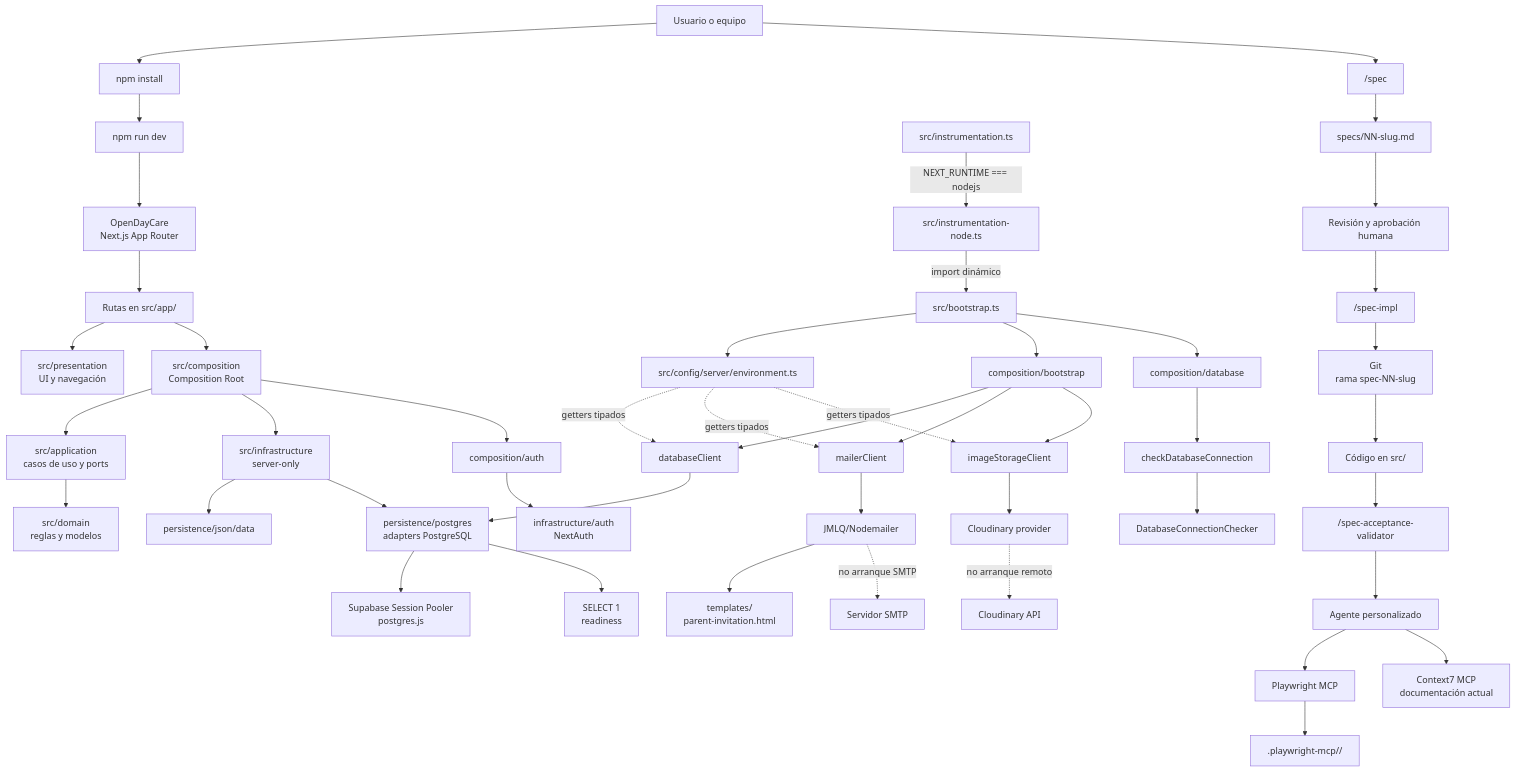
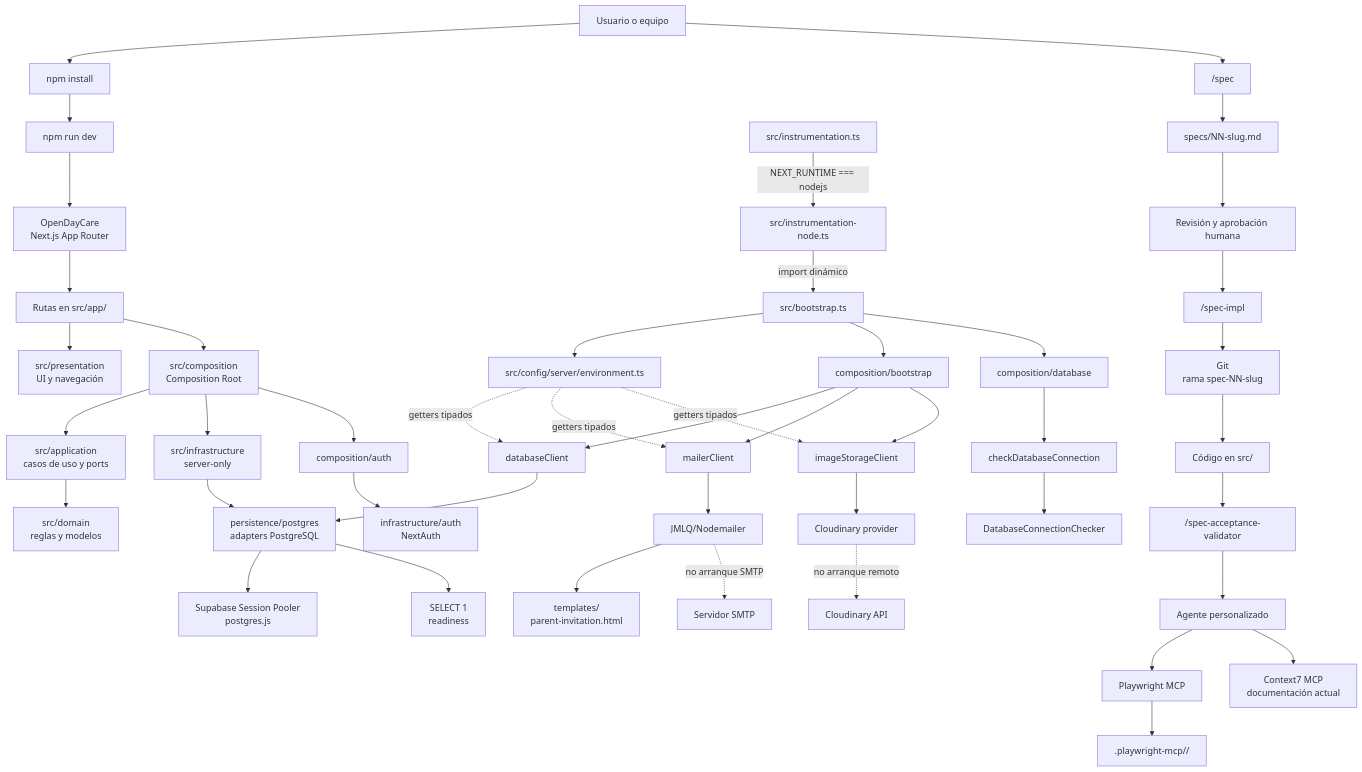
One commit to MLahuasi/opencode-daycare changed the first of 2 diagrams in README.md. Above: the diagram before and after it, drawn with Mermaid. The commit also changed other lines of this file and 75 other files, not shown here.

````diff
--- a/README.md
+++ b/README.md
@@ -284,51 +282,50 @@
 ```mermaid
 flowchart TD
     U[Usuario o equipo] --> I[npm install]
     I --> R[npm run dev]
     R --> APP["OpenDayCare<br/>Next.js App Router"]
 
     APP --> ROUTES["Rutas en src/app/"]
     ROUTES --> PRESENTATION["src/presentation<br/>UI y navegación"]
     ROUTES --> COMPOSITION["src/composition<br/>Composition Root"]
     COMPOSITION --> APPLICATION["src/application<br/>casos de uso y ports"]
     APPLICATION --> DOMAIN["src/domain<br/>reglas y modelos"]
     COMPOSITION --> INFRA["src/infrastructure<br/>server-only"]
-    INFRA --> JSON["persistence/json/data"]
     INFRA --> POSTGRES["persistence/postgres<br/>adapters PostgreSQL"]
     POSTGRES --> POOLER["Supabase Session Pooler<br/>postgres.js"]
     COMPOSITION --> AUTH["composition/auth"]
     AUTH --> NEXTAUTH["infrastructure/auth<br/>NextAuth"]
 
     INSTRUMENTATION["src/instrumentation.ts"] -->|NEXT_RUNTIME === nodejs| NODE_INSTRUMENTATION["src/instrumentation-node.ts"]
     NODE_INSTRUMENTATION -->|import dinámico| BOOTSTRAP["src/bootstrap.ts"]
     BOOTSTRAP --> ENV["src/config/server/environment.ts"]
     BOOTSTRAP --> BOOT_COMPOSITION["composition/bootstrap"]
     BOOTSTRAP --> DB_COMPOSITION["composition/database"]
     BOOT_COMPOSITION --> DB["databaseClient"]
     BOOT_COMPOSITION --> MAILER["mailerClient"]
     BOOT_COMPOSITION --> IMAGE["imageStorageClient"]
     DB_COMPOSITION --> CHECK["checkDatabaseConnection"]
     CHECK --> DB_PORT["DatabaseConnectionChecker"]
     DB --> POSTGRES
     POSTGRES --> READINESS["SELECT 1<br/>readiness"]
     MAILER --> JMLQ["JMLQ/Nodemailer"]
     JMLQ --> TEMPLATE["templates/<br/>parent-invitation.html"]
     JMLQ -. no arranque SMTP .-> SMTP["Servidor SMTP"]
     IMAGE --> CLOUDINARY["Cloudinary provider"]
     CLOUDINARY -. no arranque remoto .-> CLOUDINARY_API["Cloudinary API"]
     ENV -. getters tipados .-> DB
     ENV -. getters tipados .-> MAILER
     ENV -. getters tipados .-> IMAGE
 
     U --> SPEC["/spec"]
     SPEC --> FILE["specs/NN-slug.md"]
     FILE --> HUMAN["Revisión y aprobación humana"]
     HUMAN --> IMPL["/spec-impl"]
     IMPL --> GIT["Git<br/>rama spec-NN-slug"]
     GIT --> CODE["Código en src/"]
     CODE --> VALIDATE["/spec-acceptance-validator"]
     VALIDATE --> AGENT[Agente personalizado]
     AGENT --> PW[Playwright MCP]
     PW --> ART[".playwright-mcp/<Feature>/"]
     AGENT --> C7["Context7 MCP<br/>documentación actual"]
 ```
````
